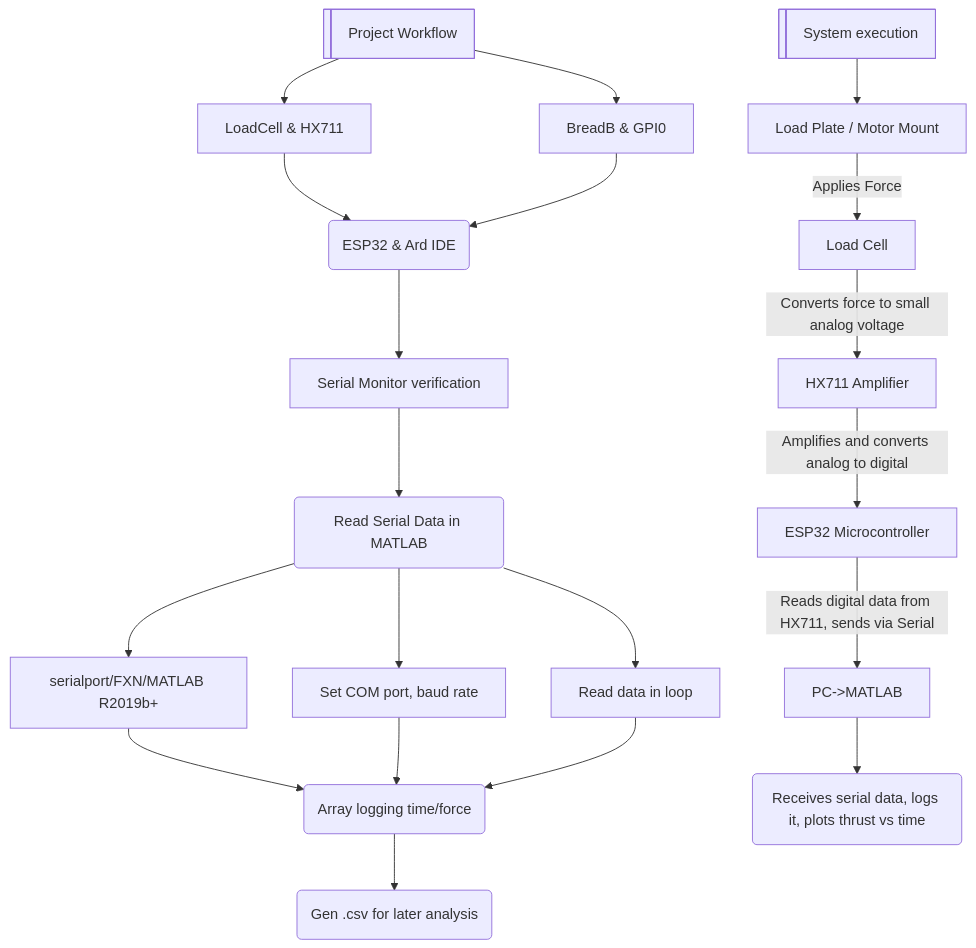
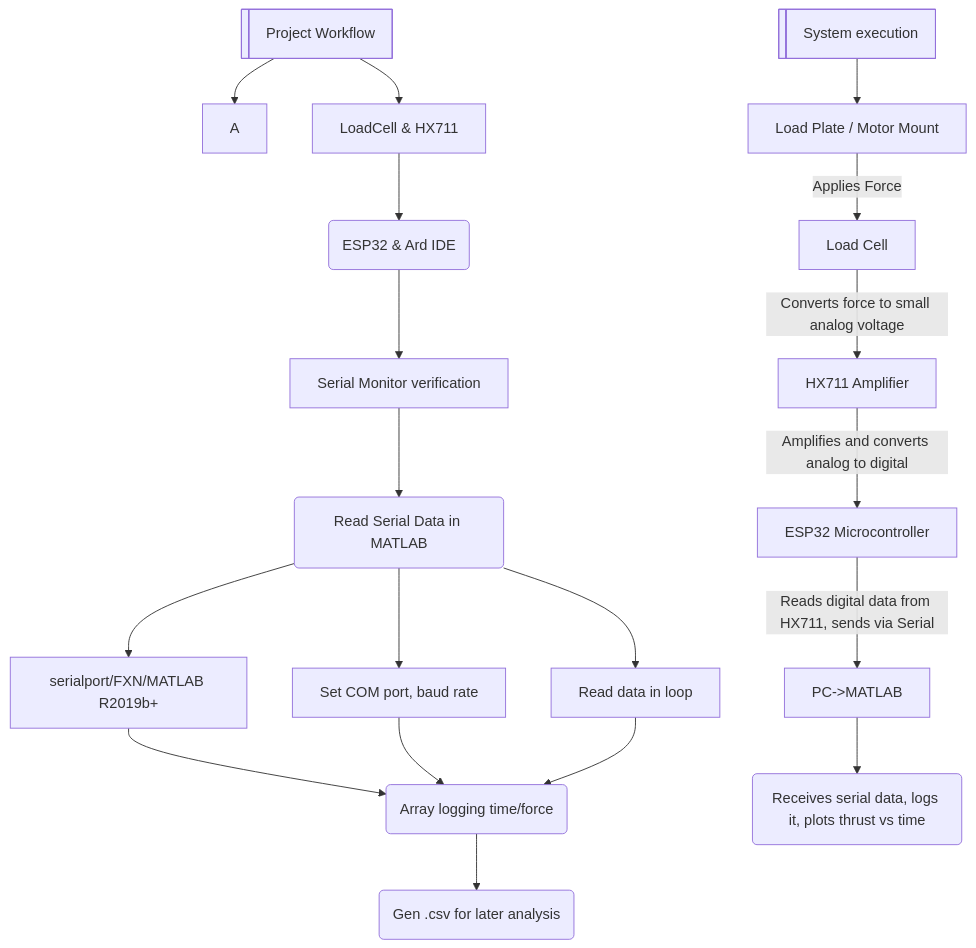
Before and after one commit to TF-141-0/IITKRaSET_axial_thrust-Load-cell_amp-plot: the diagram in README.md, drawn with Mermaid.

````diff
--- a/README.md
+++ b/README.md
@@ -4,24 +4,23 @@
 ```mermaid
 flowchart TD
     LIP[Project Workflow] -->A
     LIP[Project Workflow] -->B
     B[LoadCell & HX711] --> C(ESP32 & Ard IDE)
-    A[BreadB & GPI0] --> C
     C --> D[Serial Monitor verification]
     D --> E(Read Serial Data in MATLAB)
     E --> F[serialport/FXN/MATLAB R2019b+]
     E --> G[Set COM port, baud rate]
     E --> H[Read data in loop]
     F --> I(Array logging time/force)
     G --> I
     H --> I
     I --> J(Gen .csv for later analysis)
 LIP@{ shape: lin-proc}
     LIP2[System execution] --> LP
     LP[ Load Plate / Motor Mount ] --> |Applies Force|AF[ Load Cell ]
      AF -->|Converts force to small analog voltage|HX[HX711 Amplifier]
      HX -->|Amplifies and converts analog to digital|ESP[ ESP32 Microcontroller ]
      ESP -->|Reads digital data from HX711, sends via Serial|MT[ PC->MATLAB ]
      MT -->SX(Receives serial data, logs it, plots thrust vs time)
 LIP2@{ shape: lin-proc}
   ```
````
